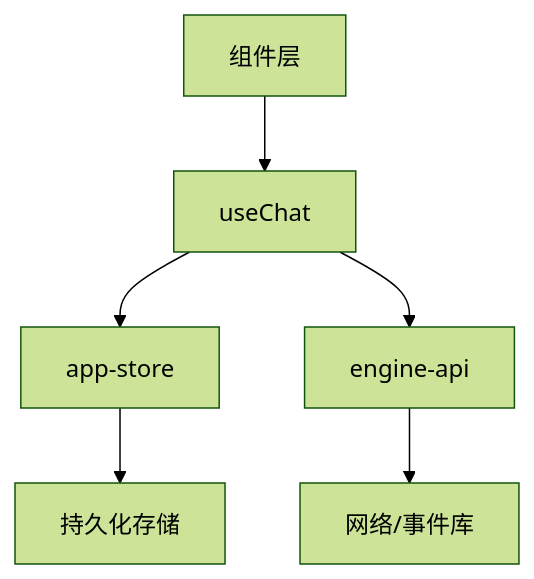
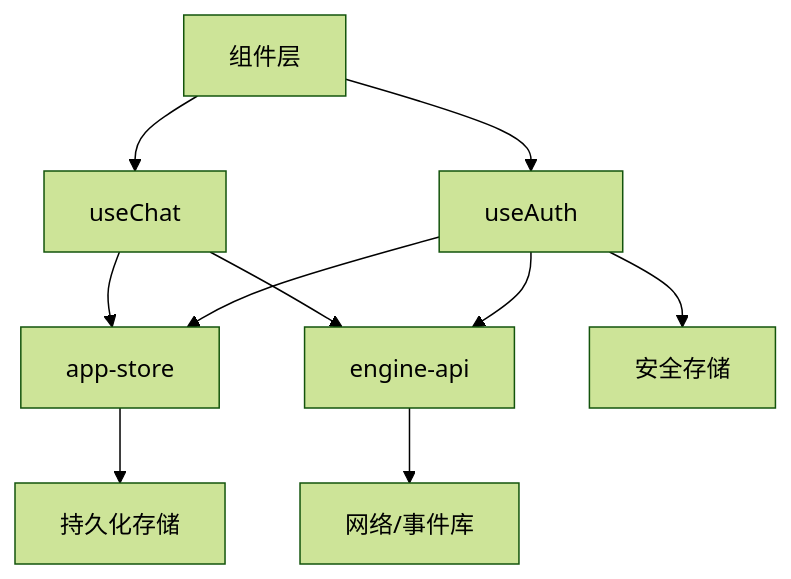
The eighth of 8 diagrams in .qoder/repowiki/zh/content/前端架构/状态管理.md (kkutysllb/KCoder), drawn with Mermaid (forest theme) before and after one commit. The commit also changed other lines of this file and 141 other files, not shown here.

````diff
--- a/.qoder/repowiki/zh/content/前端架构/状态管理.md
+++ b/.qoder/repowiki/zh/content/前端架构/状态管理.md
@@ -281,8 +393,12 @@
 ```mermaid
 graph TB
-UI["组件层"] --> Hook["useChat"]
-Hook --> Store["app-store"]
-Hook --> API["engine-api"]
+UI["组件层"] --> ChatHook["useChat"]
+UI --> AuthHook["useAuth"]
+ChatHook --> Store["app-store"]
+AuthHook --> Store
+ChatHook --> API["engine-api"]
+AuthHook --> API
 API --> Net["网络/事件库"]
 Store --> Persist["持久化存储"]
+AuthHook --> Security["安全存储"]
 ```
````
